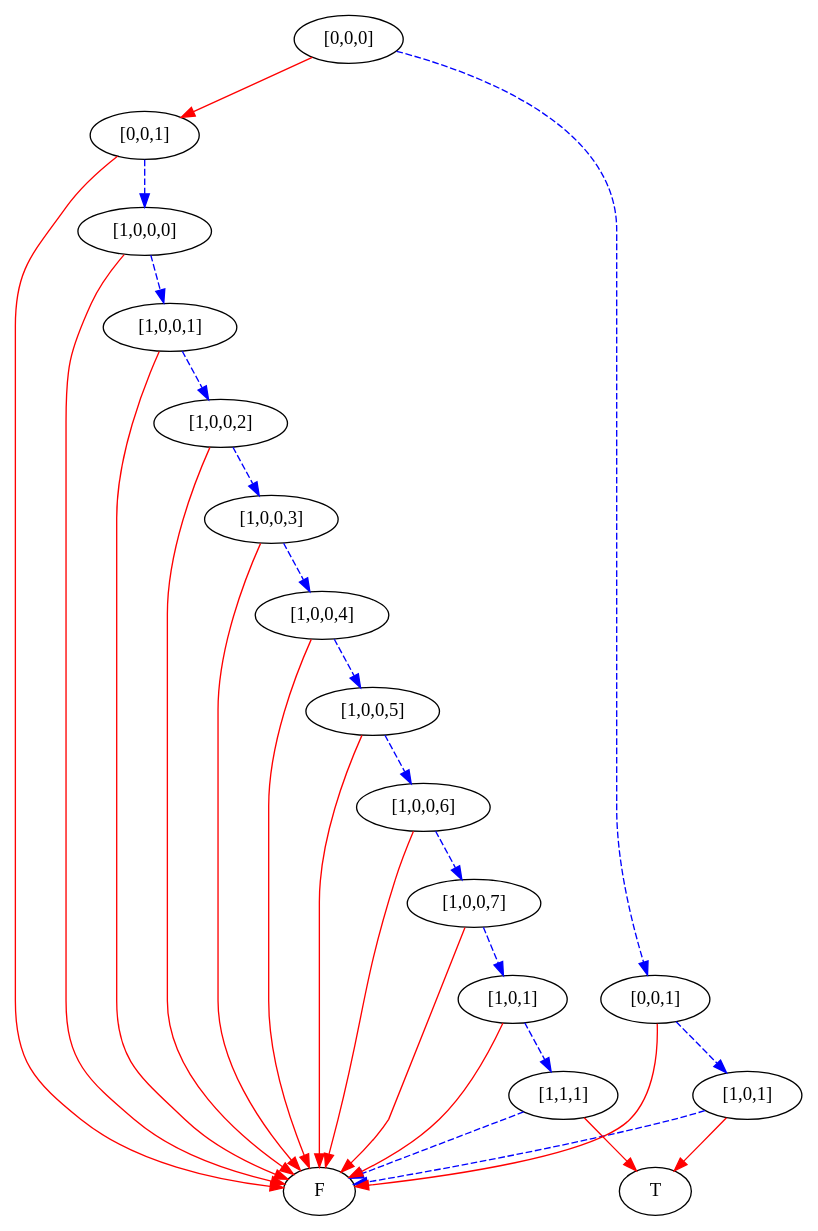
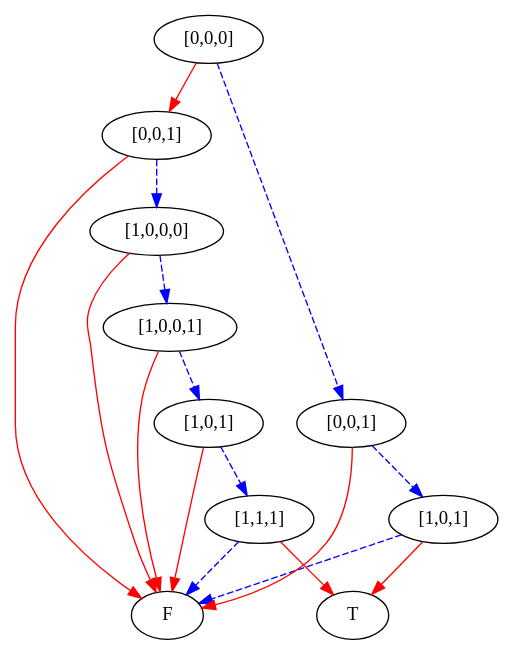
One commit to mburyakov/minxmod changed the diagram in simpleProgram5bstates/1.dot. Above: the diagram before and after it, drawn with Graphviz. The commit also changed 11 other files, not shown here.

```diff
--- a/simpleProgram5bstates/1.dot
+++ b/simpleProgram5bstates/1.dot
@@ -1,60 +1,36 @@
 digraph {
     1 [label=F];
     2 [label=T];
     3 [label="[1,1,1]"];
     4 [label="[1,0,1]"];
-    5 [label="[1,0,0,7]"];
-    6 [label="[1,0,0,6]"];
-    7 [label="[1,0,0,5]"];
-    8 [label="[1,0,0,4]"];
-    9 [label="[1,0,0,3]"];
-    10 [label="[1,0,0,2]"];
-    11 [label="[1,0,0,1]"];
-    12 [label="[1,0,0,0]"];
-    13 [label="[0,0,1]"];
-    14 [label="[1,0,1]"];
-    15 [label="[0,0,1]"];
-    16 [label="[0,0,0]"];
+    5 [label="[1,0,0,1]"];
+    6 [label="[1,0,0,0]"];
+    7 [label="[0,0,1]"];
+    8 [label="[1,0,1]"];
+    9 [label="[0,0,1]"];
+    10 [label="[0,0,0]"];
     3 -> 1 [style=dashed
            ,color=blue];
     3 -> 2 [color=red];
     4 -> 3 [style=dashed
            ,color=blue];
     4 -> 1 [color=red];
     5 -> 4 [style=dashed
            ,color=blue];
     5 -> 1 [color=red];
     6 -> 5 [style=dashed
            ,color=blue];
     6 -> 1 [color=red];
     7 -> 6 [style=dashed
            ,color=blue];
     7 -> 1 [color=red];
-    8 -> 7 [style=dashed
+    8 -> 1 [style=dashed
            ,color=blue];
-    8 -> 1 [color=red];
+    8 -> 2 [color=red];
     9 -> 8 [style=dashed
            ,color=blue];
     9 -> 1 [color=red];
+    10 -> 7 [color=red];
     10 -> 9 [style=dashed
             ,color=blue];
-    10 -> 1 [color=red];
-    11 -> 10 [style=dashed
-             ,color=blue];
-    11 -> 1 [color=red];
-    12 -> 11 [style=dashed
-             ,color=blue];
-    12 -> 1 [color=red];
-    13 -> 12 [style=dashed
-             ,color=blue];
-    13 -> 1 [color=red];
-    14 -> 1 [style=dashed
-            ,color=blue];
-    14 -> 2 [color=red];
-    15 -> 14 [style=dashed
-             ,color=blue];
-    15 -> 1 [color=red];
-    16 -> 13 [color=red];
-    16 -> 15 [style=dashed
-             ,color=blue];
 }
```
